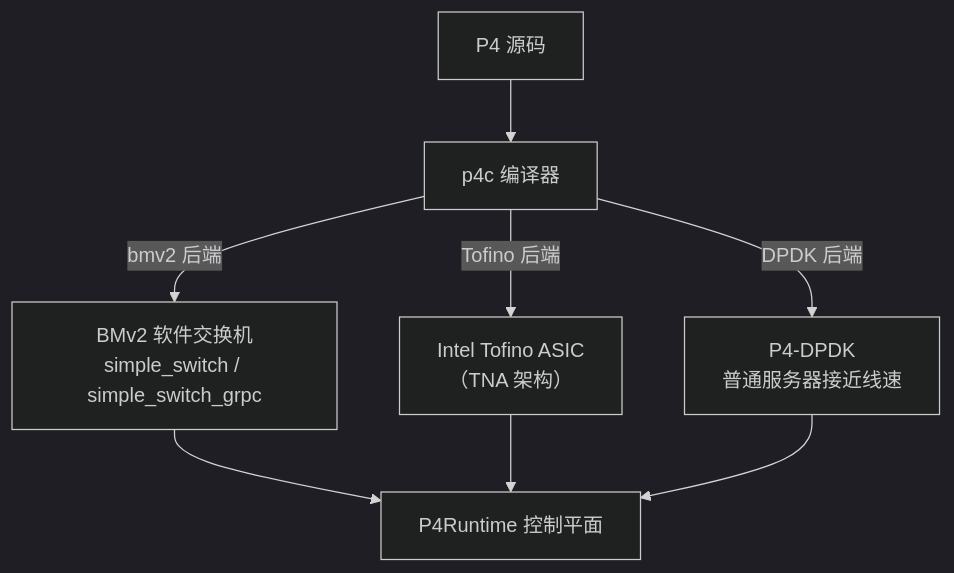
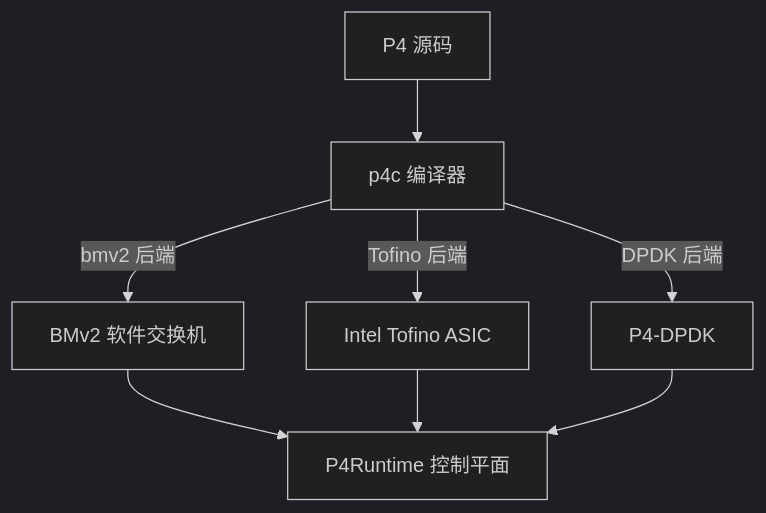
The third of 4 diagrams in src/content/blog/P4/p4-01-quickstart-overview.mdx (Sukkk-zcy/Sukkk-zcy.github.io), drawn with Mermaid (dark theme) before and after one commit. The commit also changed other lines of this file and 2 other files, not shown here.

````diff
--- a/src/content/blog/P4/p4-01-quickstart-overview.mdx
+++ b/src/content/blog/P4/p4-01-quickstart-overview.mdx
@@ -96,10 +78,10 @@
 ```mermaid
 flowchart TD
     SRC["P4 源码"] --> C["p4c 编译器"]
-    C -->|"bmv2 后端"| BM["BMv2 软件交换机<br/>simple_switch / simple_switch_grpc"]
-    C -->|"Tofino 后端"| TF["Intel Tofino ASIC<br/>（TNA 架构）"]
-    C -->|"DPDK 后端"| DPDK["P4-DPDK<br/>普通服务器接近线速"]
+    C -->|"bmv2 后端"| BM["BMv2 软件交换机"]
+    C -->|"Tofino 后端"| TF["Intel Tofino ASIC"]
+    C -->|"DPDK 后端"| DPDK["P4-DPDK"]
     BM --> CTL["P4Runtime 控制平面"]
     TF --> CTL
     DPDK --> CTL
 ```
````
